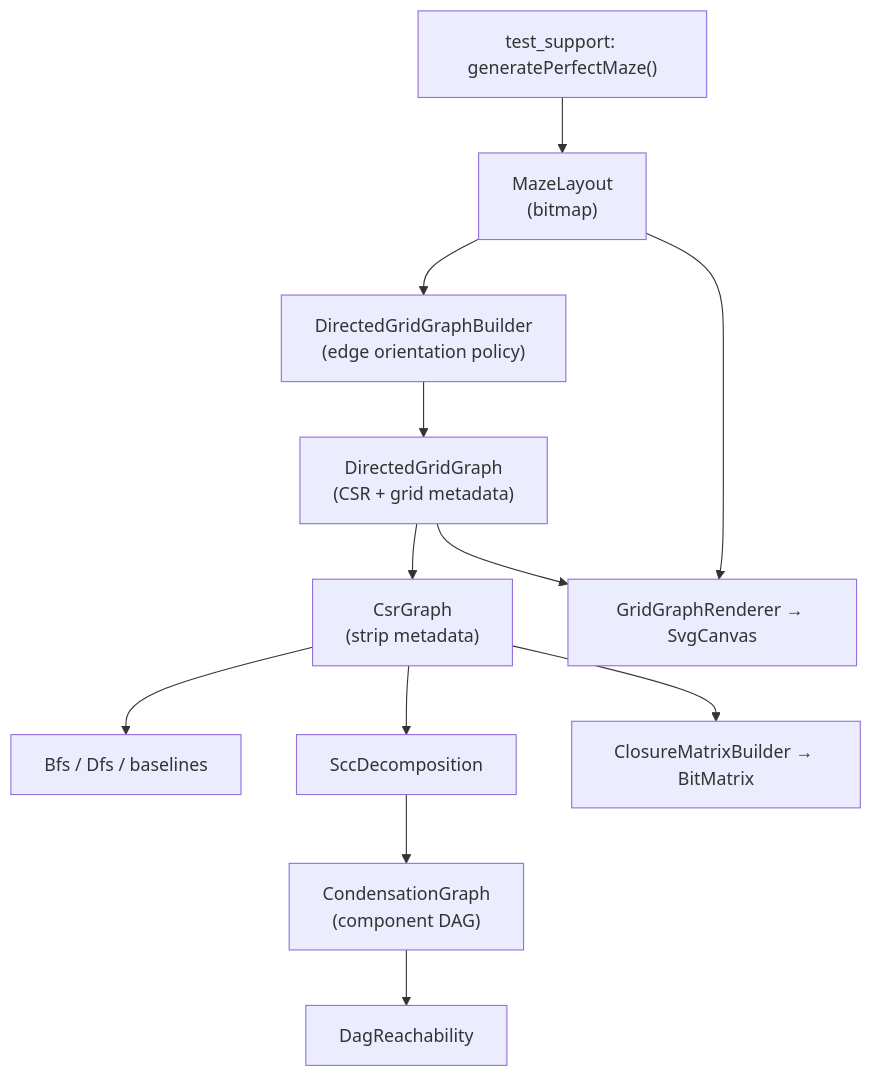
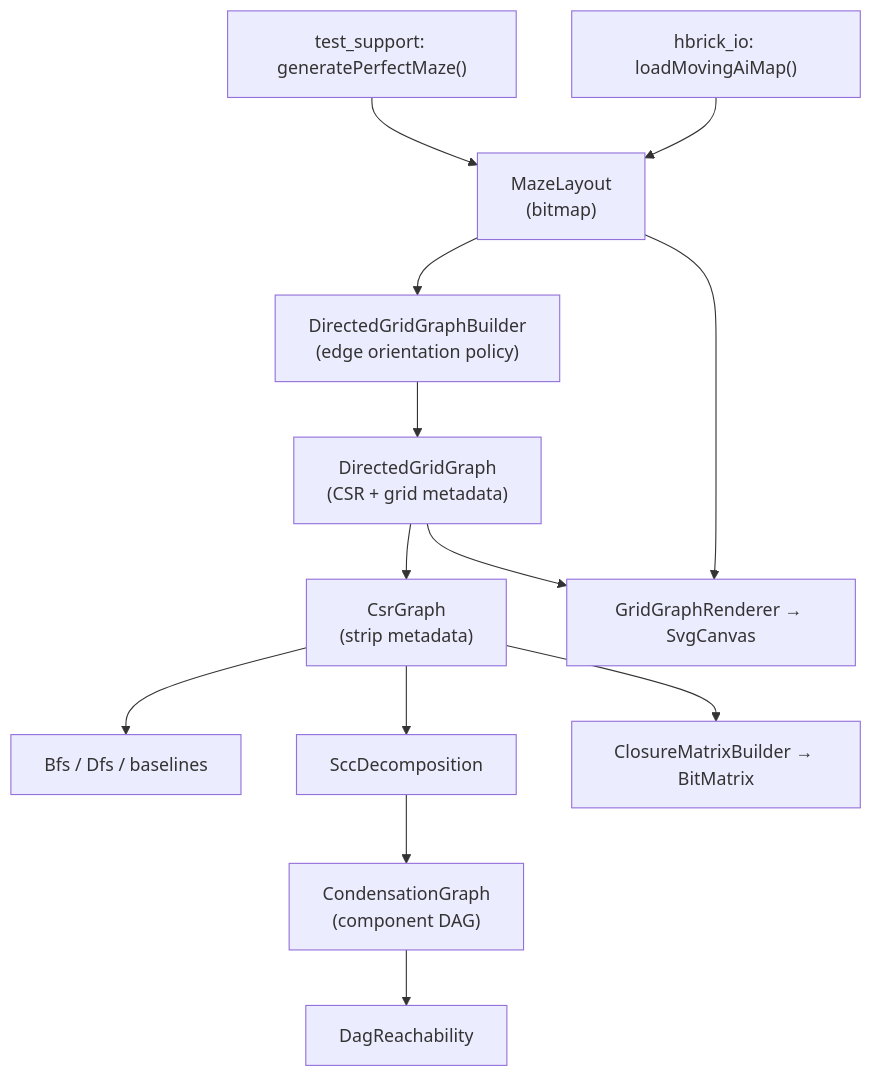
One commit to ozaslan/hbrick changed the diagram in docs/representations.md. Above: the diagram before and after it, drawn with Mermaid. The commit also changed other lines of this file and 7 other files, not shown here.

````diff
--- a/docs/representations.md
+++ b/docs/representations.md
@@ -31,14 +31,15 @@
 ```mermaid
 flowchart TD
     MazeGen["test_support: generatePerfectMaze()"] --> Grid["MazeLayout\n(bitmap)"]
+    MovingAi["hbrick_io: loadMovingAiMap()"] --> Grid
     Grid --> Builder["DirectedGridGraphBuilder\n(edge orientation policy)"]
     Builder --> DGG["DirectedGridGraph\n(CSR + grid metadata)"]
     DGG --> CSR["CsrGraph\n(strip metadata)"]
     CSR --> Search["Bfs / Dfs / baselines"]
     CSR --> SCC["SccDecomposition"]
     SCC --> Cond["CondensationGraph\n(component DAG)"]
     Cond --> DagReach["DagReachability"]
     CSR --> Closure["ClosureMatrixBuilder → BitMatrix"]
     DGG --> Viz["GridGraphRenderer → SvgCanvas"]
     Grid --> Viz
 ```
````
